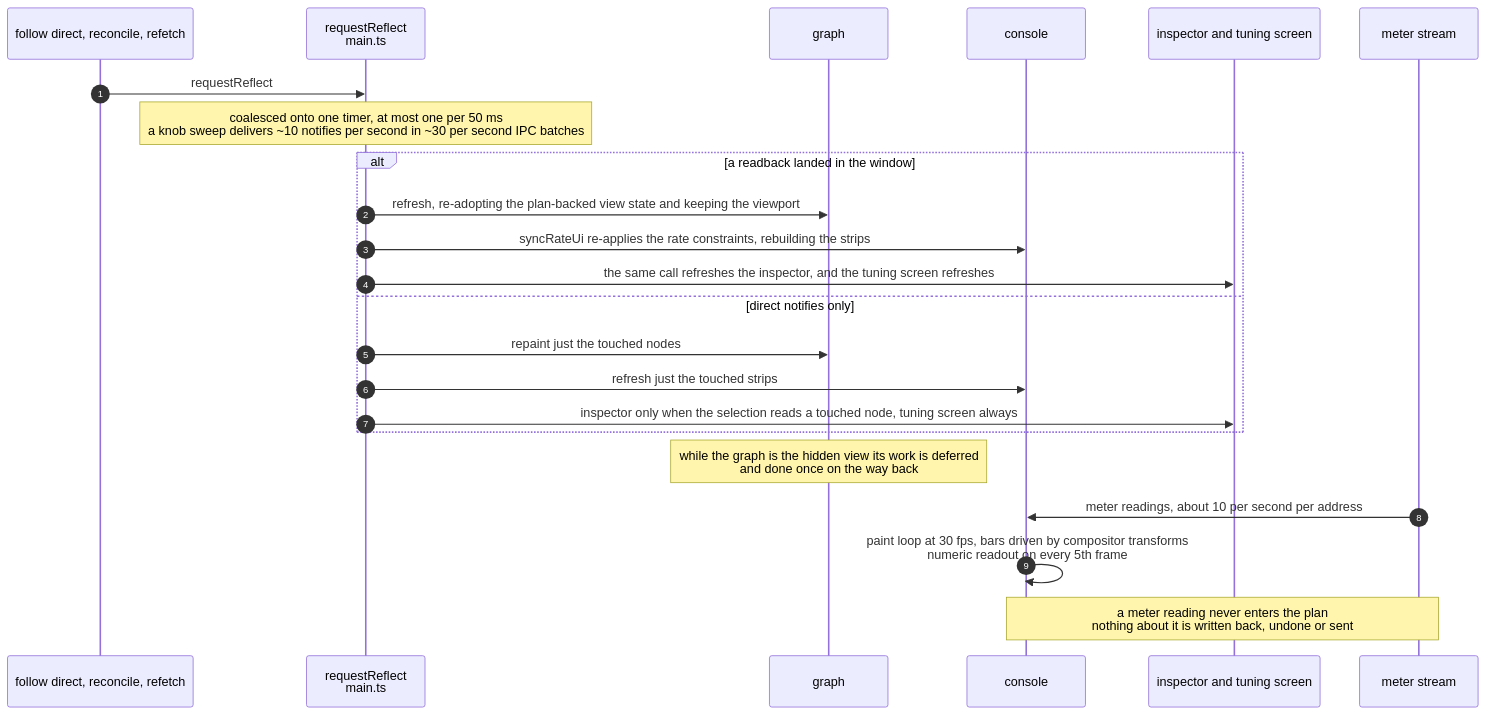
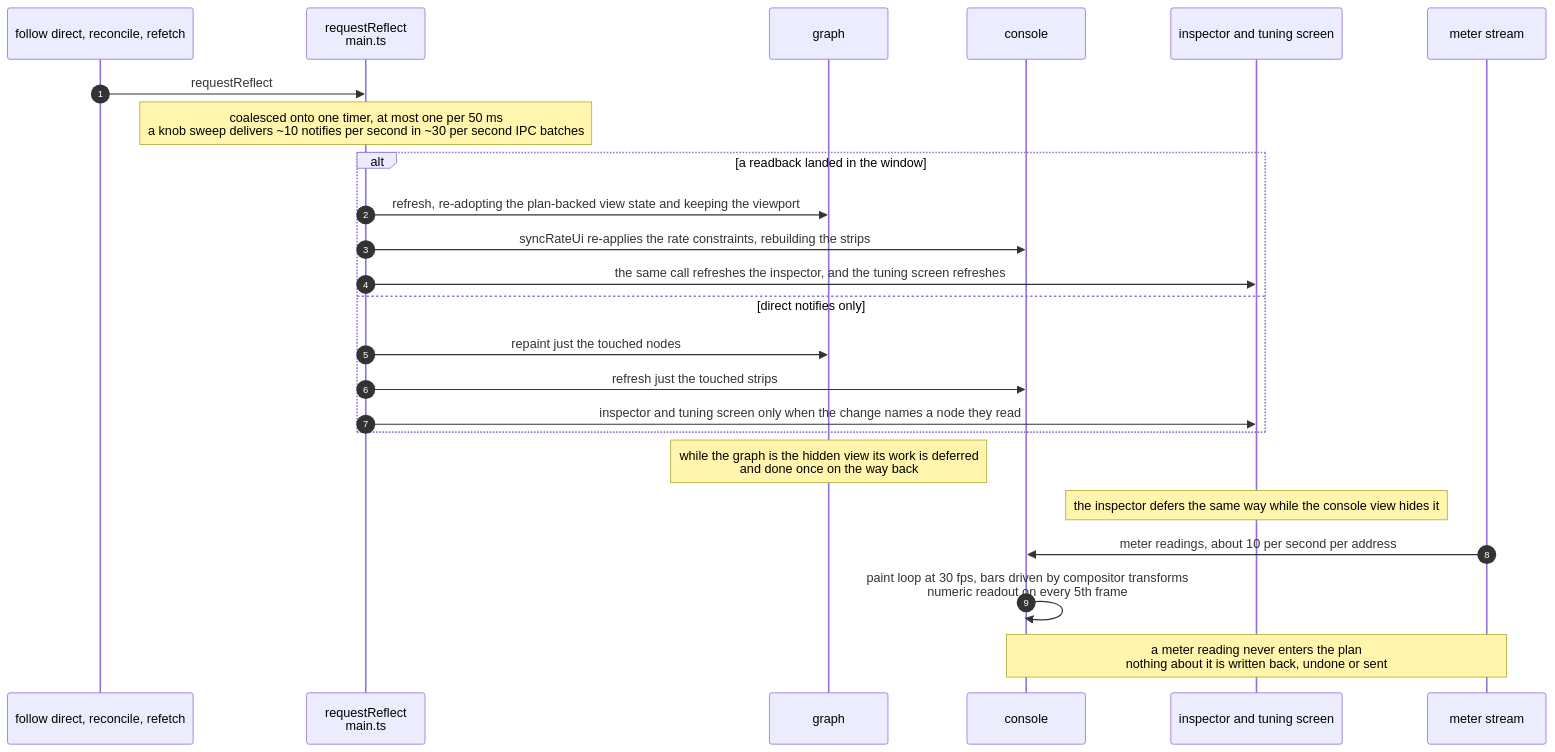
Before and after one commit to semnil/urx-router: the fifth of 5 diagrams in docs/en/architecture.md, drawn with Mermaid. The commit also changed 1 other file, not shown here.

Commit message:
docs(architecture): the reflect's own diagram said the tuning screen always refreshes
The "display update" sequence diagram stated the rule the two commits before this one
changed — that a direct notify refreshes the inspector by selection and the tuning
screen unconditionally — and its deferral note named only the graph. Both are now the
same rule: each surface refreshes when the change names a node it reads, and each
defers while its own view is hidden.

Both languages, same section, since they are one document in two files.

````diff
--- a/docs/en/architecture.md
+++ b/docs/en/architecture.md
@@ -1923,26 +1923,27 @@
 ```mermaid
 sequenceDiagram
   autonumber
   participant S as follow direct, reconcile, refetch
   participant R as requestReflect<br/>main.ts
   participant G as graph
   participant C as console
   participant I as inspector and tuning screen
   participant M as meter stream
 
   S->>R: requestReflect
   Note over R: coalesced onto one timer, at most one per 50 ms<br/>a knob sweep delivers ~10 notifies per second in ~30 per second IPC batches
   alt a readback landed in the window
     R->>G: refresh, re-adopting the plan-backed view state and keeping the viewport
     R->>C: syncRateUi re-applies the rate constraints, rebuilding the strips
     R->>I: the same call refreshes the inspector, and the tuning screen refreshes
   else direct notifies only
     R->>G: repaint just the touched nodes
     R->>C: refresh just the touched strips
-    R->>I: inspector only when the selection reads a touched node, tuning screen always
+    R->>I: inspector and tuning screen only when the change names a node they read
   end
   Note over G: while the graph is the hidden view its work is deferred<br/>and done once on the way back
+  Note over I: the inspector defers the same way while the console view hides it
   M->>C: meter readings, about 10 per second per address
   C->>C: paint loop at 30 fps, bars driven by compositor transforms<br/>numeric readout on every 5th frame
   Note over M,C: a meter reading never enters the plan<br/>nothing about it is written back, undone or sent
 ```
````
